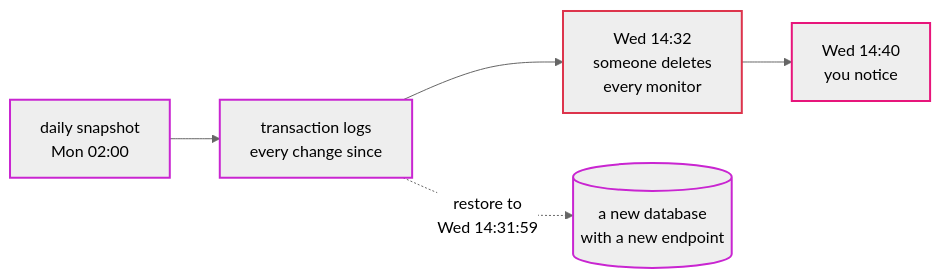
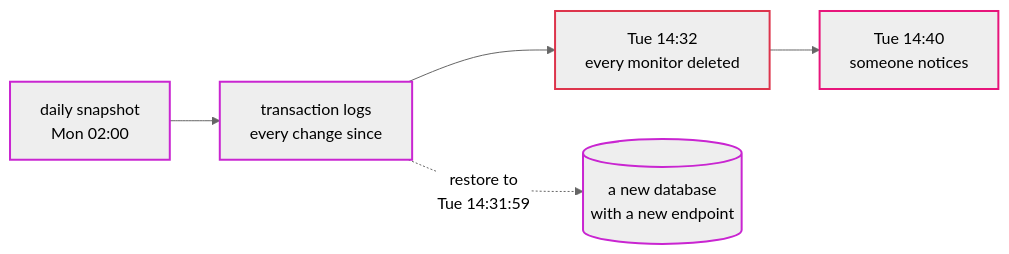
One commit to shadreza/aws-three-tier-cloud-ref-architecture changed the diagram in docs/storybook/07-data.md. Above: the diagram before and after it, drawn with Mermaid (neutral theme). The commit also changed other lines of this file and 23 other files, not shown here.

````diff
--- a/docs/storybook/07-data.md
+++ b/docs/storybook/07-data.md
@@ -103,13 +72,13 @@
 ```mermaid
 flowchart LR
     s1["daily snapshot<br/>Mon 02:00"] --> l1["transaction logs<br/>every change since"]
-    l1 --> mistake["Wed 14:32<br/>someone deletes<br/>every monitor"]
-    mistake --> now["Wed 14:40<br/>you notice"]
-    l1 -. "restore to<br/>Wed 14:31:59" .-> new[("a new database<br/>with a new endpoint")]
+    l1 --> mistake["Tue 14:32<br/>every monitor deleted"]
+    mistake --> now["Tue 14:40<br/>someone notices"]
+    l1 -. "restore to<br/>Tue 14:31:59" .-> new[("a new database<br/>with a new endpoint")]
     classDef database stroke:#C925D1,stroke-width:2px
     classDef jobs stroke:#E7157B,stroke-width:2px
     classDef security stroke:#DD344C,stroke-width:2px
     class s1,l1,new database
     class mistake security
     class now jobs
 ```
````
